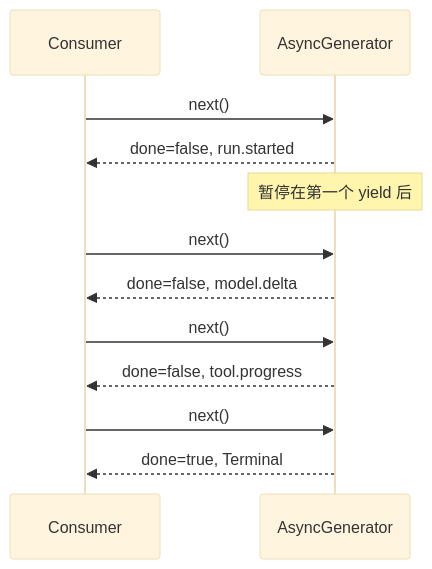
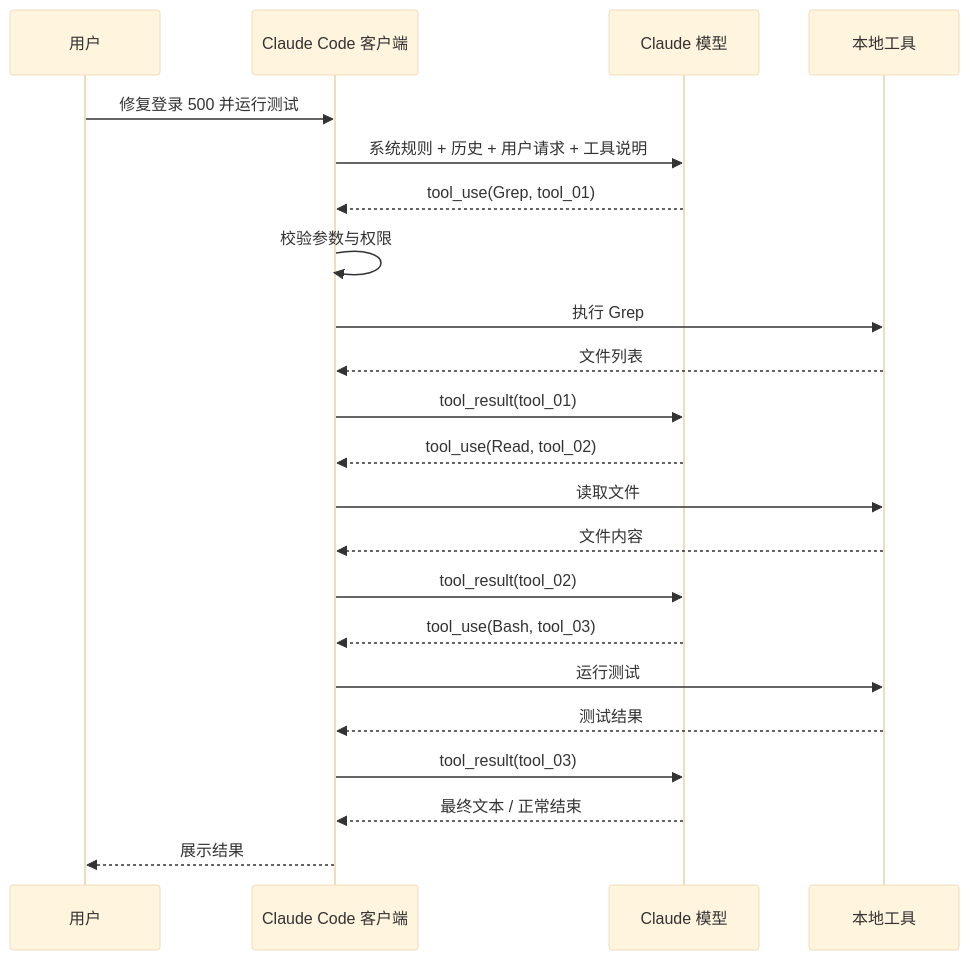
Before and after one commit to bai201928/claude-code-source-course: the second of 3 diagrams in curriculum/units/M01/final.md, drawn with Mermaid (base theme). The commit also changed other lines of this file, not shown here.

````diff
--- a/curriculum/units/M01/final.md
+++ b/curriculum/units/M01/final.md
@@ -564,14 +216,25 @@
 ```mermaid
 sequenceDiagram
-  participant C as Consumer
-  participant G as AsyncGenerator
-  C->>G: next()
-  G-->>C: done=false, run.started
-  Note over G: 暂停在第一个 yield 后
-  C->>G: next()
-  G-->>C: done=false, model.delta
-  C->>G: next()
-  G-->>C: done=false, tool.progress
-  C->>G: next()
-  G-->>C: done=true, Terminal
+  participant U as 用户
+  participant C as Claude Code 客户端
+  participant M as Claude 模型
+  participant T as 本地工具
+
+  U->>C: 修复登录 500 并运行测试
+  C->>M: 系统规则 + 历史 + 用户请求 + 工具说明
+  M-->>C: tool_use(Grep, tool_01)
+  C->>C: 校验参数与权限
+  C->>T: 执行 Grep
+  T-->>C: 文件列表
+  C->>M: tool_result(tool_01)
+  M-->>C: tool_use(Read, tool_02)
+  C->>T: 读取文件
+  T-->>C: 文件内容
+  C->>M: tool_result(tool_02)
+  M-->>C: tool_use(Bash, tool_03)
+  C->>T: 运行测试
+  T-->>C: 测试结果
+  C->>M: tool_result(tool_03)
+  M-->>C: 最终文本 / 正常结束
+  C-->>U: 展示结果
 ```
````
